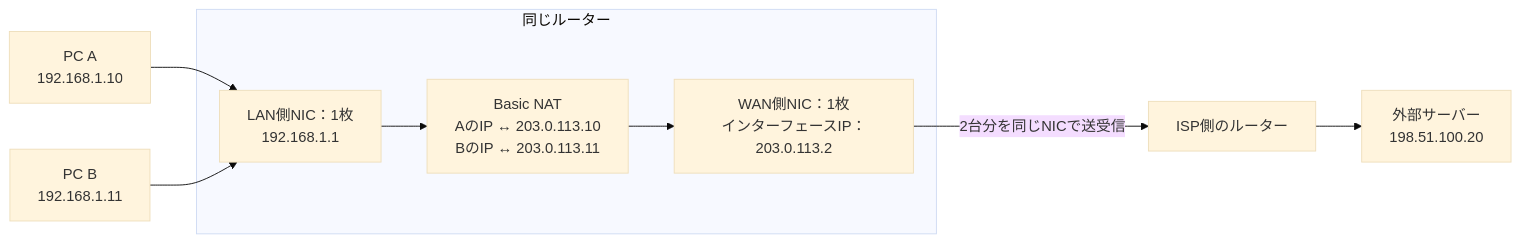
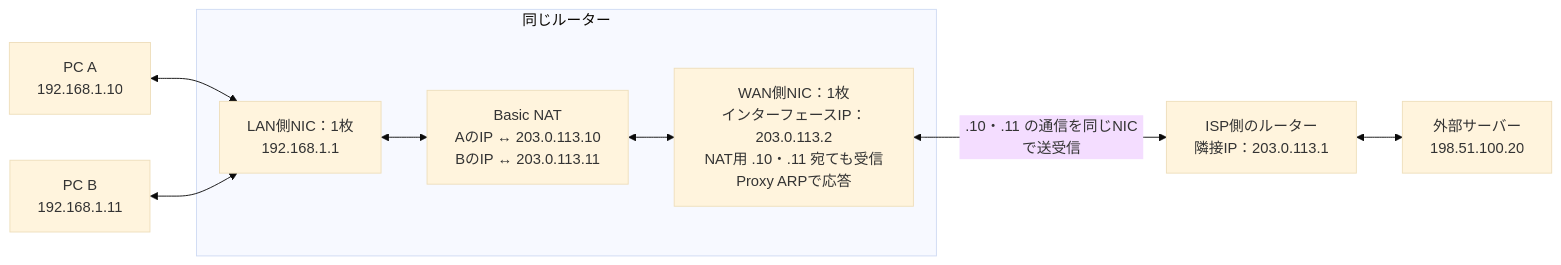
The second of 3 diagrams in engineering/question/basic_security_at_home_20261005_question15_16_nat_napt.md (mgmaru/reading-notes), drawn with Mermaid (base theme) before and after one commit. The commit also changed other lines of this file, not shown here.

Commit message:
docs: Basic NATの返答受信とProxy ARPを解説

````diff
--- a/engineering/question/basic_security_at_home_20261005_question15_16_nat_napt.md
+++ b/engineering/question/basic_security_at_home_20261005_question15_16_nat_napt.md
@@ -360,12 +362,12 @@
 ```mermaid
 flowchart LR
-    A["PC A<br/>192.168.1.10"] --> LAN
-    B["PC B<br/>192.168.1.11"] --> LAN
+    A["PC A<br/>192.168.1.10"] <--> LAN
+    B["PC B<br/>192.168.1.11"] <--> LAN
     subgraph R["同じルーター"]
-        LAN["LAN側NIC：1枚<br/>192.168.1.1"] --> NAT
-        NAT["Basic NAT<br/>AのIP ↔ 203.0.113.10<br/>BのIP ↔ 203.0.113.11"] --> WAN
-        WAN["WAN側NIC：1枚<br/>インターフェースIP：203.0.113.2"]
+        LAN["LAN側NIC：1枚<br/>192.168.1.1"] <--> NAT
+        NAT["Basic NAT<br/>AのIP ↔ 203.0.113.10<br/>BのIP ↔ 203.0.113.11"] <--> WAN
+        WAN["WAN側NIC：1枚<br/>インターフェースIP：203.0.113.2<br/>NAT用 .10・.11 宛ても受信<br/>Proxy ARPで応答"]
     end
-    WAN -->|"2台分を同じNICで送受信"| ISP["ISP側のルーター"]
-    ISP --> SERVER["外部サーバー<br/>198.51.100.20"]
+    WAN <-->|".10・.11 の通信を同じNICで送受信"| ISP["ISP側のルーター<br/>隣接IP：203.0.113.1"]
+    ISP <--> SERVER["外部サーバー<br/>198.51.100.20"]
 ```
````
